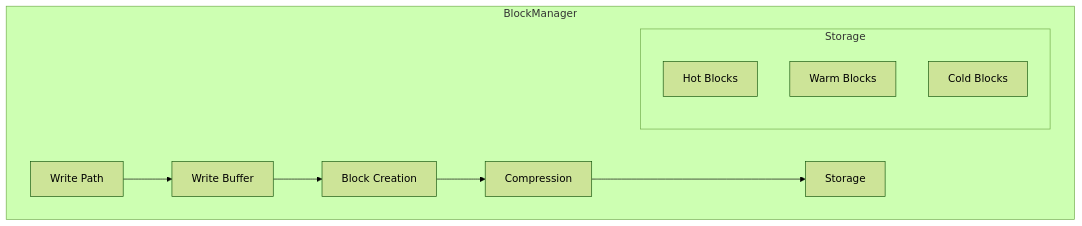
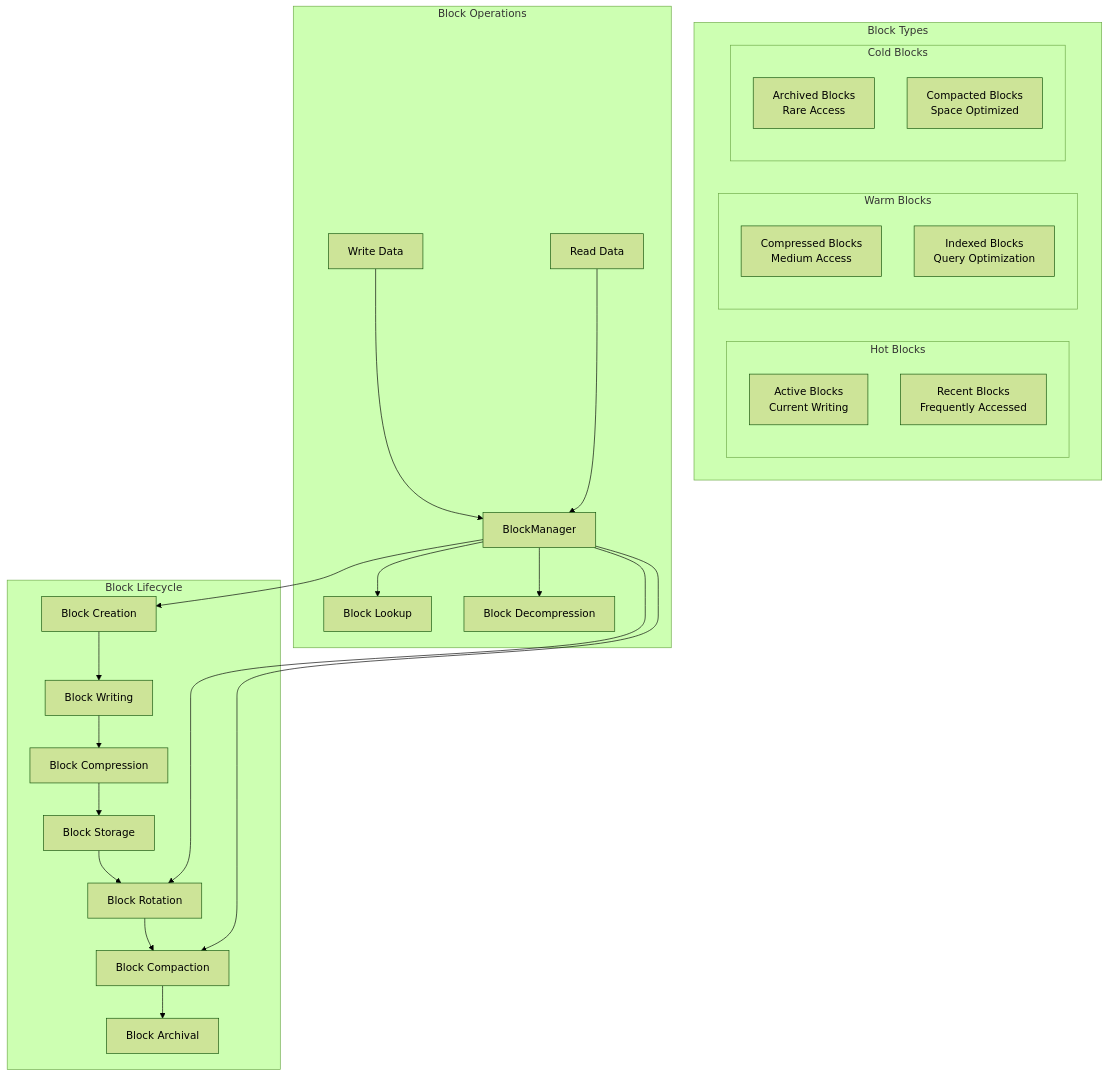
One commit to vobbilis/mytsdb changed the eighth of 12 diagrams in diagrams.md. Above: the diagram before and after it, drawn with Mermaid (forest theme). The commit also changed other lines of this file, not shown here.

Commit message:
Update diagrams.md with comprehensive TSDB architecture reflecting all implemented features and integration plans

````diff
--- a/diagrams.md
+++ b/diagrams.md
@@ -86,15 +340,39 @@
 ```mermaid
 graph TB
-    subgraph BlockManager
-        Write[Write Path] --> Buffer[Write Buffer]
-        Buffer --> Blocks[Block Creation]
-        Blocks --> Compress[Compression]
-        Compress --> Store[Storage]
+    subgraph Block Lifecycle
+        BlockCreation[Block Creation] --> BlockWriting[Block Writing]
+        BlockWriting --> BlockCompression[Block Compression]
+        BlockCompression --> BlockStorage[Block Storage]
+        BlockStorage --> BlockRotation[Block Rotation]
+        BlockRotation --> BlockCompaction[Block Compaction]
+        BlockCompaction --> BlockArchival[Block Archival]
+    end
+    
+    subgraph Block Types
+        subgraph Hot Blocks
+            HotActive[Active Blocks<br/>Current Writing]
+            HotRecent[Recent Blocks<br/>Frequently Accessed]
+        end
         
-        subgraph Storage
-            Hot[Hot Blocks]
-            Warm[Warm Blocks]
-            Cold[Cold Blocks]
+        subgraph Warm Blocks
+            WarmCompressed[Compressed Blocks<br/>Medium Access]
+            WarmIndexed[Indexed Blocks<br/>Query Optimization]
+        end
+        
+        subgraph Cold Blocks
+            ColdArchived[Archived Blocks<br/>Rare Access]
+            ColdCompacted[Compacted Blocks<br/>Space Optimized]
         end
     end
+    
+    subgraph Block Operations
+        WriteData[Write Data] --> BlockManager
+        BlockManager --> BlockCreation
+        BlockManager --> BlockRotation
+        BlockManager --> BlockCompaction
+        
+        ReadData[Read Data] --> BlockManager
+        BlockManager --> BlockLookup[Block Lookup]
+        BlockManager --> BlockDecompression[Block Decompression]
+    end
 ```
````
